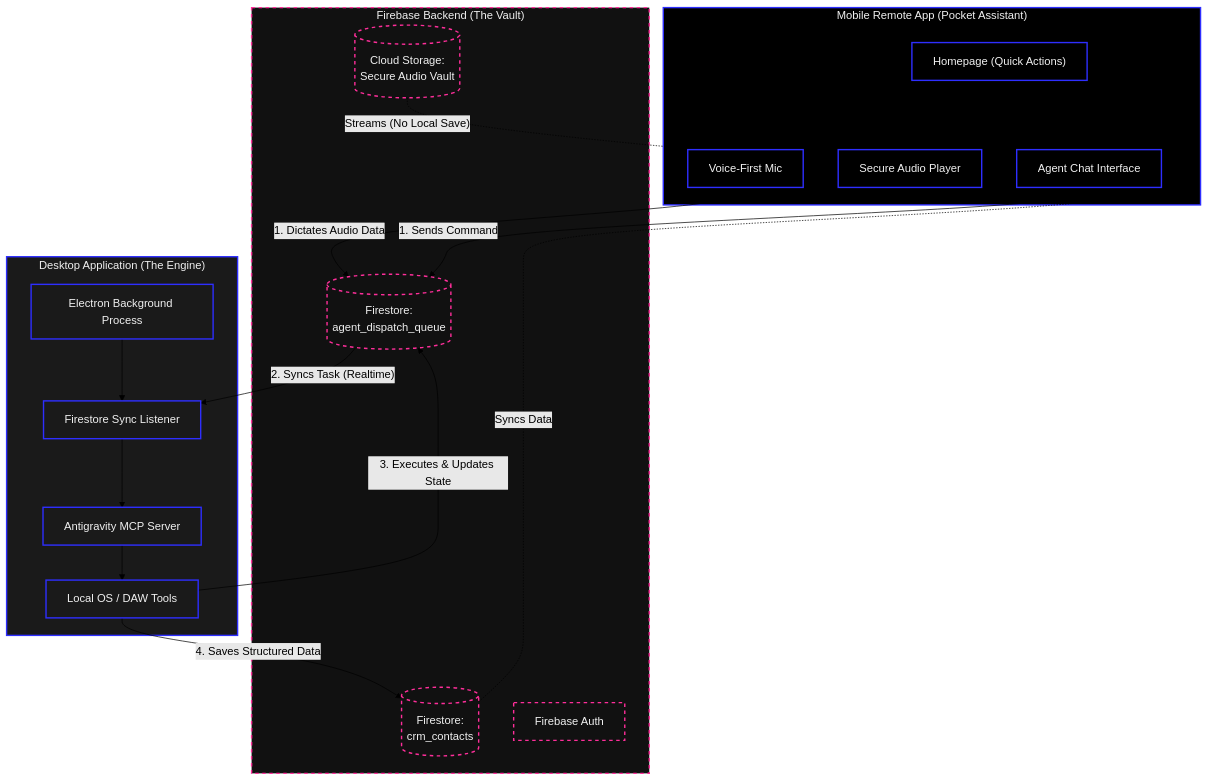
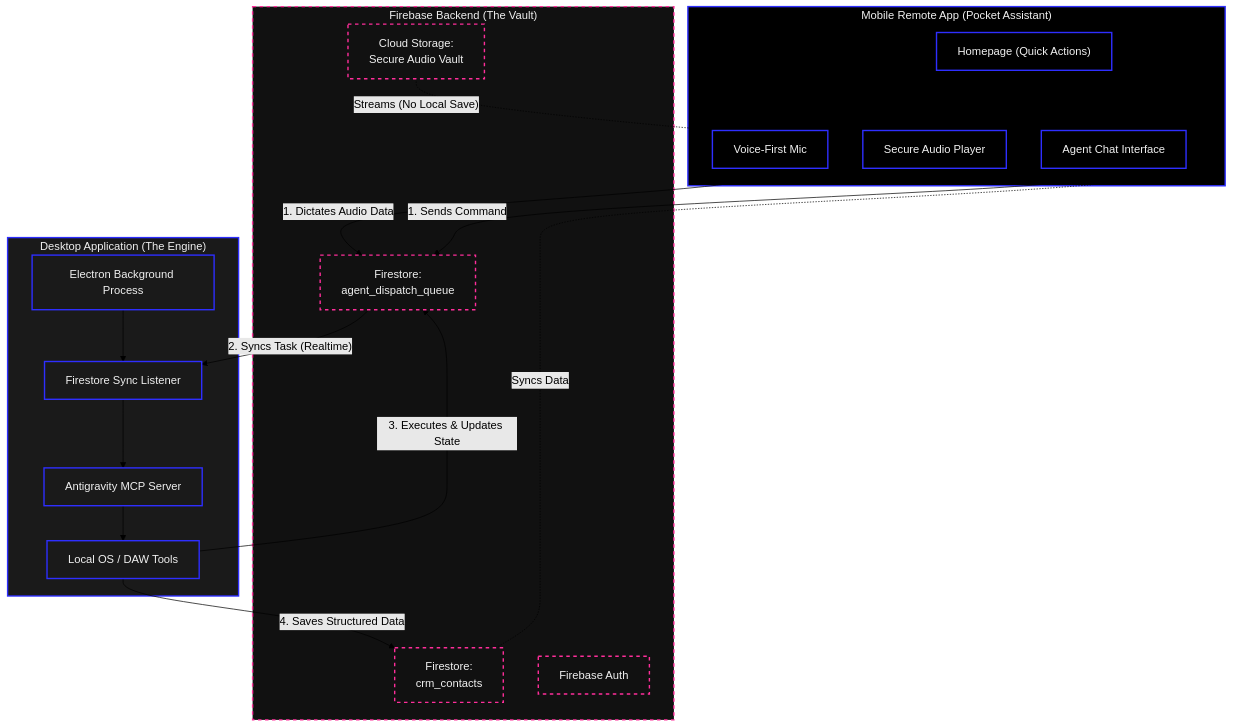
Before and after one commit to indii-music-founder/indii-music-founder: the diagram in docs/flowcharts/remote-dispatch-macro.md, drawn with Mermaid (forest theme). The commit also changed other lines of this file and 4 other files, not shown here.

````diff
--- a/docs/flowcharts/remote-dispatch-macro.md
+++ b/docs/flowcharts/remote-dispatch-macro.md
@@ -7,58 +7,58 @@
 ```mermaid
 flowchart TD
     %% Define styles
     classDef mobile fill:#000000,stroke:#2E2EFE,stroke-width:2px,color:#F0F0F0
     classDef cloud fill:#111111,stroke:#FE2E9A,stroke-width:2px,color:#F0F0F0,stroke-dasharray: 5 5
     classDef desktop fill:#1a1a1a,stroke:#2E2EFE,stroke-width:2px,color:#F0F0F0
     classDef external fill:#222,stroke:#555,stroke-width:1px,color:#ccc
 
     %% Nodes
     subgraph MobileApp ["Mobile Remote App (Pocket Assistant)"]
         UI_Home["Homepage (Quick Actions)"]
         UI_Chat["Agent Chat Interface"]
         UI_Stream["Secure Audio Player"]
         VoiceMic["Voice-First Mic"]
         
         UI_Home --> UI_Chat
         UI_Home --> VoiceMic
         UI_Home --> UI_Stream
     end
 
     subgraph FirebaseCloud ["Firebase Backend (The Vault)"]
-        FS_Queue[("Firestore:\nagent_dispatch_queue")]
-        FS_CRM[("Firestore:\ncrm_contacts")]
-        F_Storage[("Cloud Storage:\nSecure Audio Vault")]
+        FS_Queue["Firestore:\nagent_dispatch_queue"]
+        FS_CRM["Firestore:\ncrm_contacts"]
+        F_Storage["Cloud Storage:\nSecure Audio Vault"]
         F_Auth["Firebase Auth"]
     end
 
     subgraph DesktopExecutor ["Desktop Application (The Engine)"]
         ElectronBG["Electron Background Process"]
         MCP_Server["Antigravity MCP Server"]
         Desktop_Sync["Firestore Sync Listener"]
         Tool_Exec["Local OS / DAW Tools"]
         
         ElectronBG --> Desktop_Sync
         Desktop_Sync --> MCP_Server
         MCP_Server --> Tool_Exec
     end
 
     %% Flow: Mobile -> Cloud
     VoiceMic -- "1. Dictates Audio Data" --> FS_Queue
     UI_Chat -- "1. Sends Command" --> FS_Queue
     
     %% Flow: Cloud -> Desktop
     FS_Queue -- "2. Syncs Task (Realtime)" --> Desktop_Sync
     Tool_Exec -- "3. Executes & Updates State" --> FS_Queue
     
     %% Flow: Desktop -> CRM
     Tool_Exec -- "4. Saves Structured Data" --> FS_CRM
     
     %% Flow: Cloud -> Mobile (Streaming)
     F_Storage -. "Streams (No Local Save)" .-> UI_Stream
     FS_CRM -. "Syncs Data" .-> UI_Home
     
     %% Apply styles
     class MobileApp,UI_Home,UI_Chat,UI_Stream,VoiceMic mobile
     class FirebaseCloud,FS_Queue,FS_CRM,F_Storage,F_Auth cloud
     class DesktopExecutor,ElectronBG,MCP_Server,Desktop_Sync,Tool_Exec desktop
 ```
````
